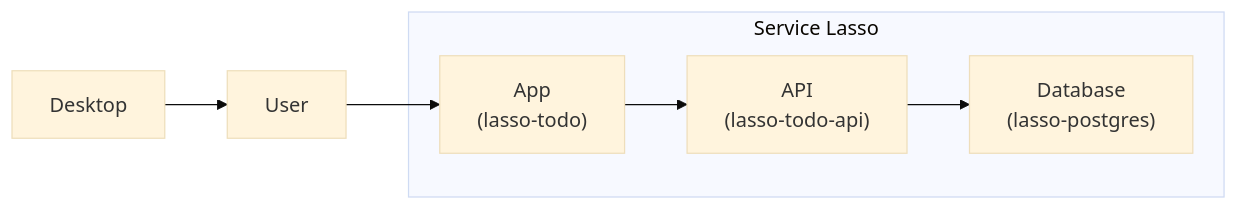
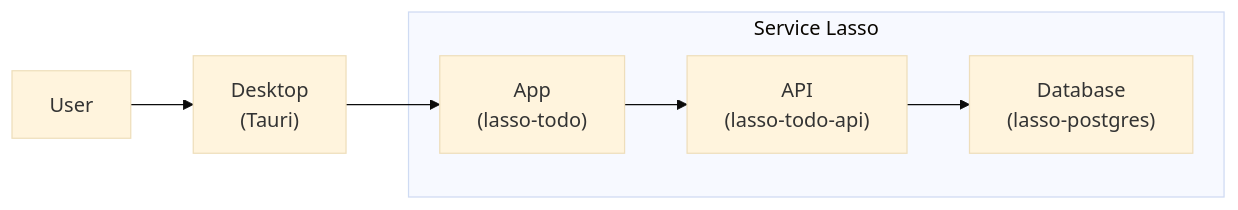
One commit to service-lasso/lesson-todo changed the diagram in lessons/05-desktop/README.md. Above: the diagram before and after it, drawn with Mermaid (base theme). The commit also changed other lines of this file and 5 other files, not shown here.

````diff
--- a/lessons/05-desktop/README.md
+++ b/lessons/05-desktop/README.md
@@ -7,10 +7,9 @@
 ```mermaid
 flowchart LR
-  user[User] --> app
+  user[User] --> desktop["Desktop<br/>(Tauri)"] --> app
   subgraph lasso[Service Lasso]
   app --> api["API<br/>(lasso-todo-api)"]
   api --> db["Database<br/>(lasso-postgres)"]
     app["App<br/>(lasso-todo)"]
   end
-  desktop[Desktop] --> user
 ```
````
